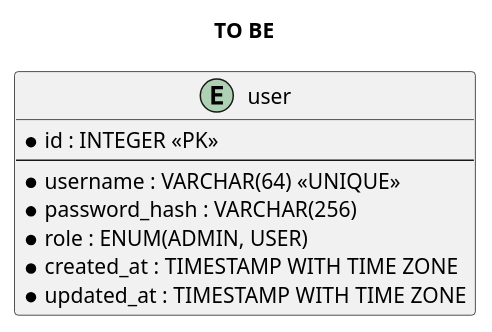
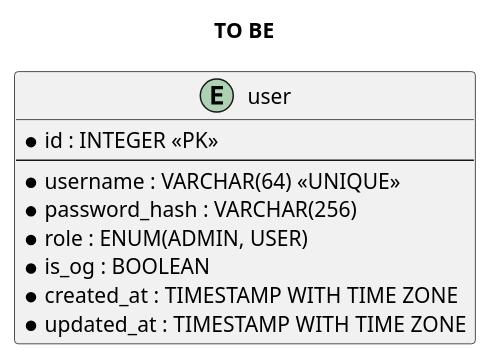
One commit to hush0k/Kcell_Mergen changed the diagram in app/user/docs/TO_BE.puml. Above: the diagram before and after it, drawn with PlantUML. The commit also changed 3 other files, not shown here.

```diff
--- a/app/user/docs/TO_BE.puml
+++ b/app/user/docs/TO_BE.puml
@@ -1,15 +1,16 @@
 @startuml
 
 title TO BE
 
 entity "user" {
   * id : INTEGER <<PK>>
   --
   * username : VARCHAR(64) <<UNIQUE>>
   * password_hash : VARCHAR(256)
   * role : ENUM(ADMIN, USER)
+  * is_og : BOOLEAN
   * created_at : TIMESTAMP WITH TIME ZONE
   * updated_at : TIMESTAMP WITH TIME ZONE
 }
 
 @enduml
```
